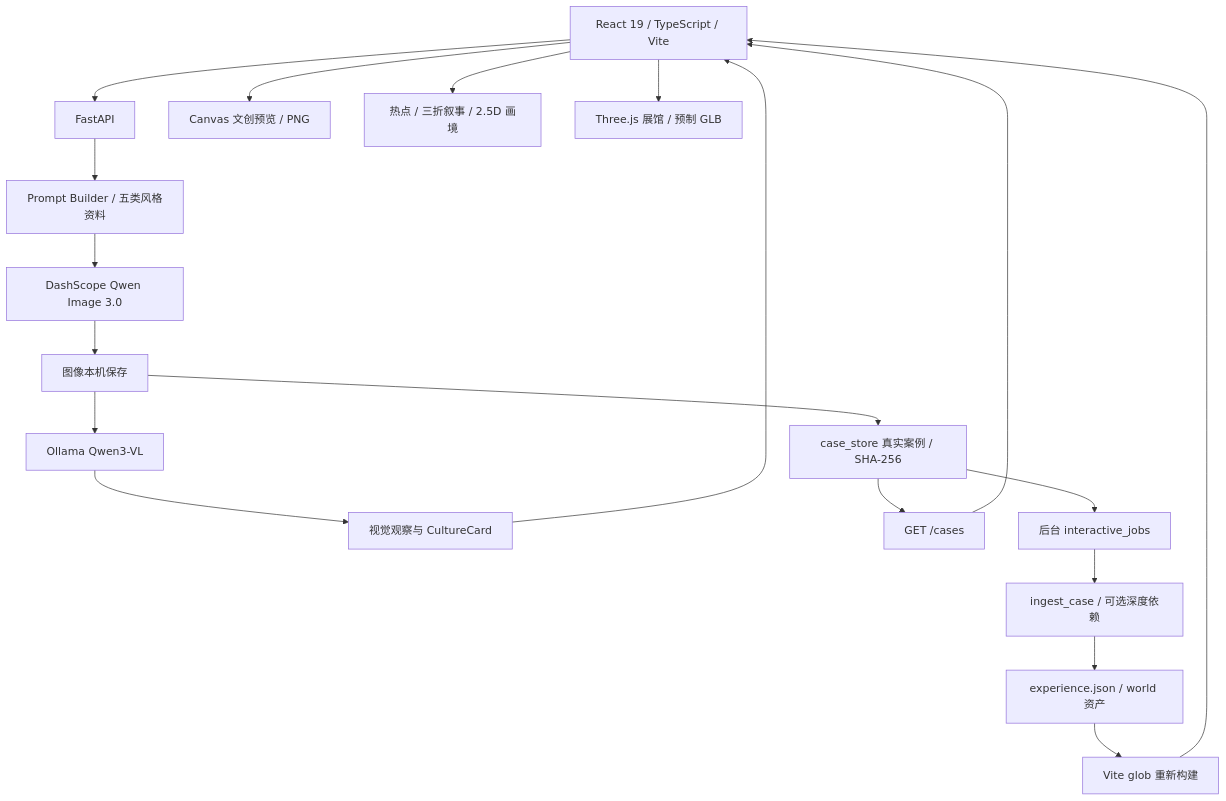
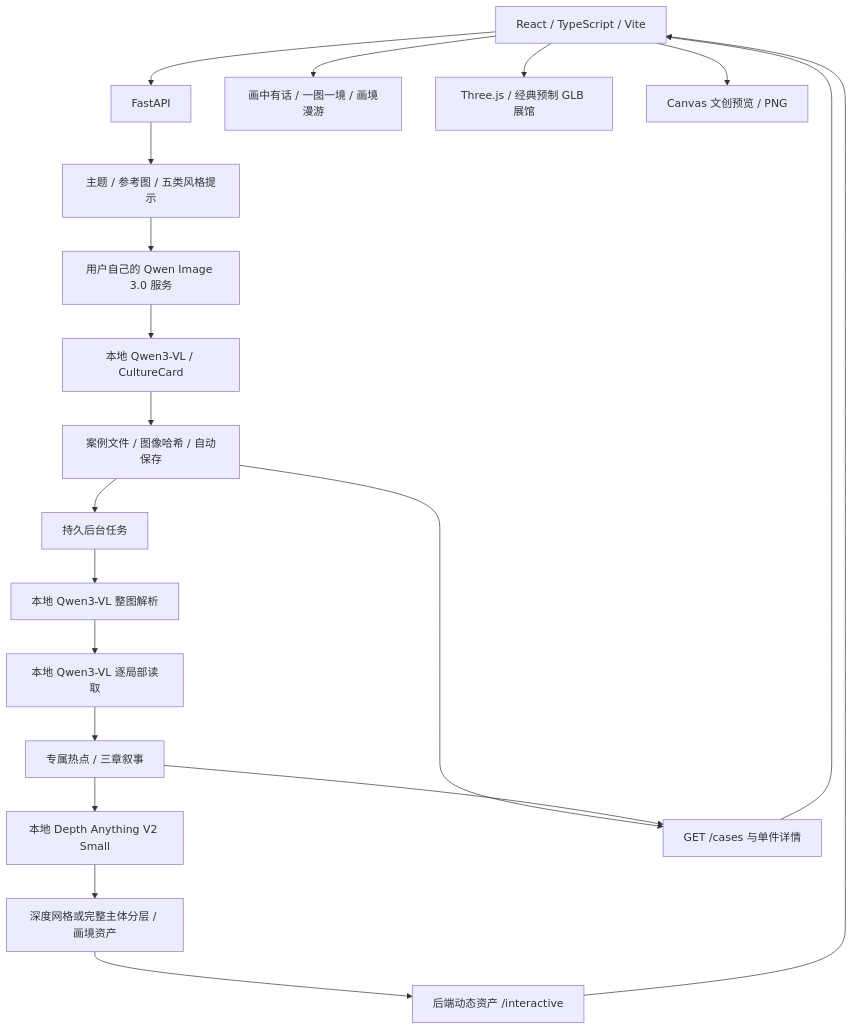
Before and after one commit to 3331083641-prog/wenmai-huazhang: the diagram in docs/architecture.md, drawn with Mermaid. The commit also changed other lines of this file and 217 other files, not shown here.

First line of the commit message:
feat: automate image-grounded experiences and gallery deletion

````diff
--- a/docs/architecture.md
+++ b/docs/architecture.md
@@ -5,21 +5,22 @@
 ```mermaid
 flowchart TD
-  UI[React 19 / TypeScript / Vite] --> API[FastAPI]
-  API --> PB[Prompt Builder / 五类风格资料]
-  PB --> DS[DashScope Qwen Image 3.0]
-  DS --> IMG[图像本机保存]
-  IMG --> VL[Ollama Qwen3-VL]
-  VL --> CARD[视觉观察与 CultureCard]
-  CARD --> UI
-  IMG --> CASE[case_store 真实案例 / SHA-256]
-  CASE --> LIST[GET /cases]
-  LIST --> UI
-  CASE --> JOB[后台 interactive_jobs]
-  JOB --> INGEST[ingest_case / 可选深度依赖]
-  INGEST --> ART[experience.json / world 资产]
-  ART --> BUILD[Vite glob 重新构建]
-  BUILD --> UI
-  UI --> PRODUCTS[Canvas 文创预览 / PNG]
-  UI --> EXPLAIN[热点 / 三折叙事 / 2.5D 画境]
-  UI --> GALLERY[Three.js 展馆 / 预制 GLB]
+  UI[React / TypeScript / Vite] --> API[FastAPI]
+  API --> PROMPT[主题 / 参考图 / 五类风格提示]
+  PROMPT --> IMAGE[用户自己的 Qwen Image 3.0 服务]
+  IMAGE --> CARD[本地 Qwen3-VL / CultureCard]
+  CARD --> SAVE[案例文件 / 图像哈希 / 自动保存]
+  SAVE --> JOB[持久后台任务]
+  JOB --> PLAN[本地 Qwen3-VL 整图解析]
+  PLAN --> CROP[本地 Qwen3-VL 逐局部读取]
+  CROP --> STORY[专属热点 / 三章叙事]
+  STORY --> DEPTH[本地 Depth Anything V2 Small]
+  DEPTH --> WORLD[深度网格或完整主体分层 / 画境资产]
+  SAVE --> CASES[GET /cases 与单件详情]
+  STORY --> CASES
+  WORLD --> ASSETS[后端动态资产 /interactive]
+  CASES --> UI
+  ASSETS --> UI
+  UI --> READ[画中有话 / 一图一境 / 画境漫游]
+  UI --> HALL[Three.js / 经典预制 GLB 展馆]
+  UI --> PRODUCT[Canvas 文创预览 / PNG]
 ```
````
